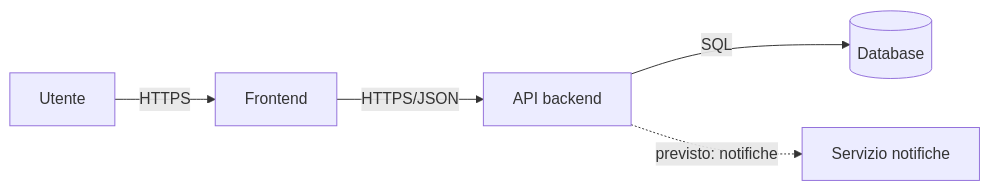
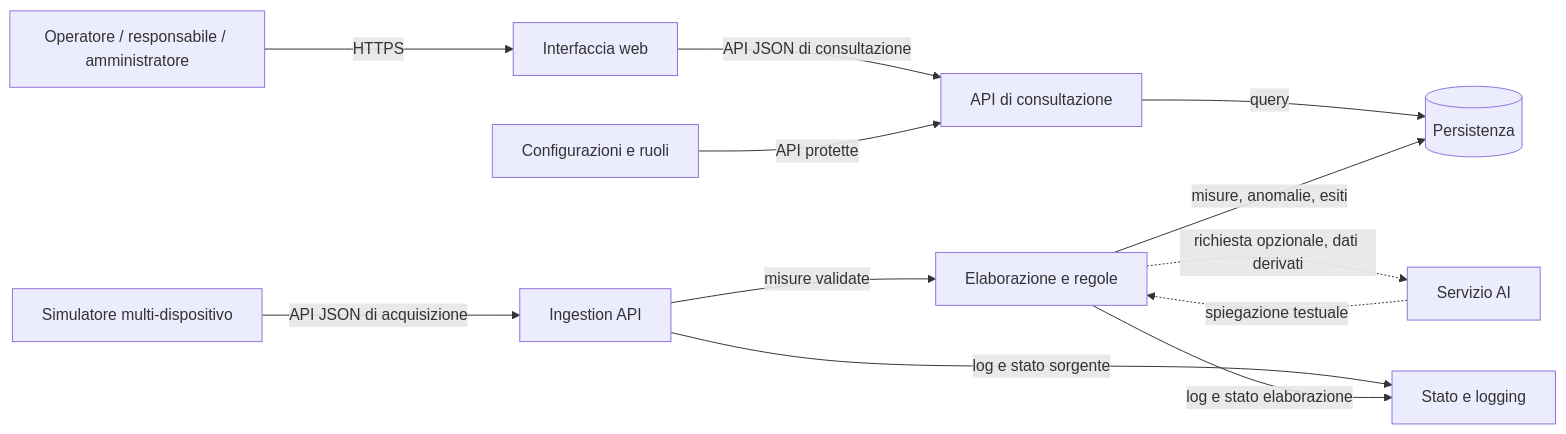
One commit to RickdoMasco/EnergyMonitor_UF14 changed the diagram in docs/architecture-v1.md. Above: the diagram before and after it, drawn with Mermaid. The commit also changed other lines of this file, not shown here.

Commit message:
Update architecture documentation with project details, component responsibilities, and proposed data interface

````diff
--- a/docs/architecture-v1.md
+++ b/docs/architecture-v1.md
@@ -37,7 +42,14 @@
 ```mermaid
 flowchart LR
-  Utente -->|HTTPS| Frontend
-  Frontend -->|HTTPS/JSON| API[API backend]
-  API -->|SQL| DB[(Database)]
-  API -.->|previsto: notifiche| Notifiche[Servizio notifiche]
+  Operatore[Operatore / responsabile / amministratore] -->|HTTPS| Web[Interfaccia web]
+  Web -->|API JSON di consultazione| ReadAPI[API di consultazione]
+  ReadAPI -->|query| DB[(Persistenza)]
+  Sim[Simulatore multi-dispositivo] -->|API JSON di acquisizione| Ingest[Ingestion API]
+  Ingest -->|misure validate| Process[Elaborazione e regole]
+  Process -->|misure, anomalie, esiti| DB
+  Admin[Configurazioni e ruoli] -->|API protette| ReadAPI
+  Process -.->|richiesta opzionale, dati derivati| AI[Servizio AI]
+  AI -.->|spiegazione testuale| Process
+  Ingest -->|log e stato sorgente| Ops[Stato e logging]
+  Process -->|log e stato elaborazione| Ops
 ```
````
